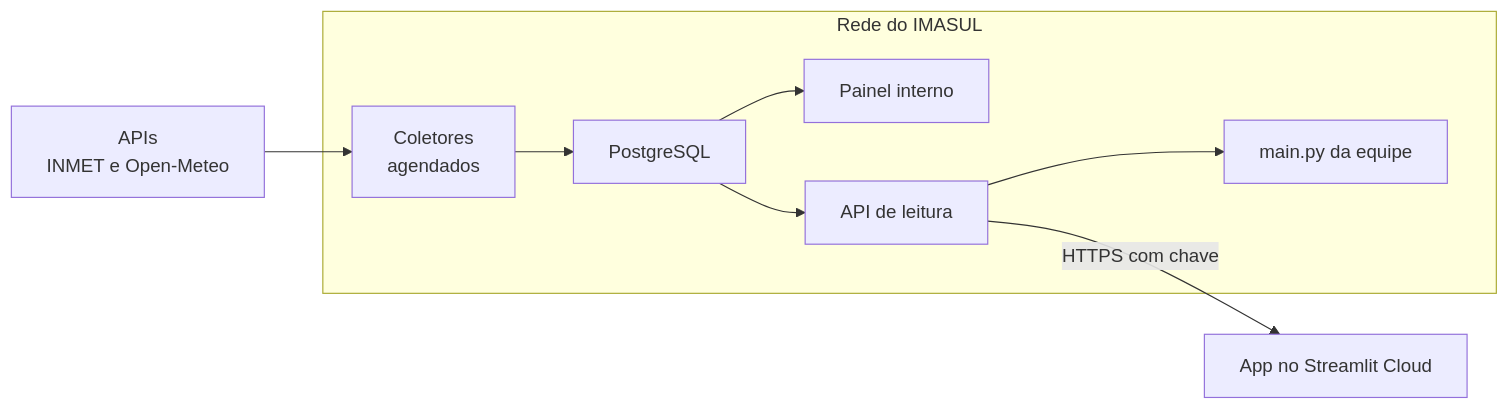
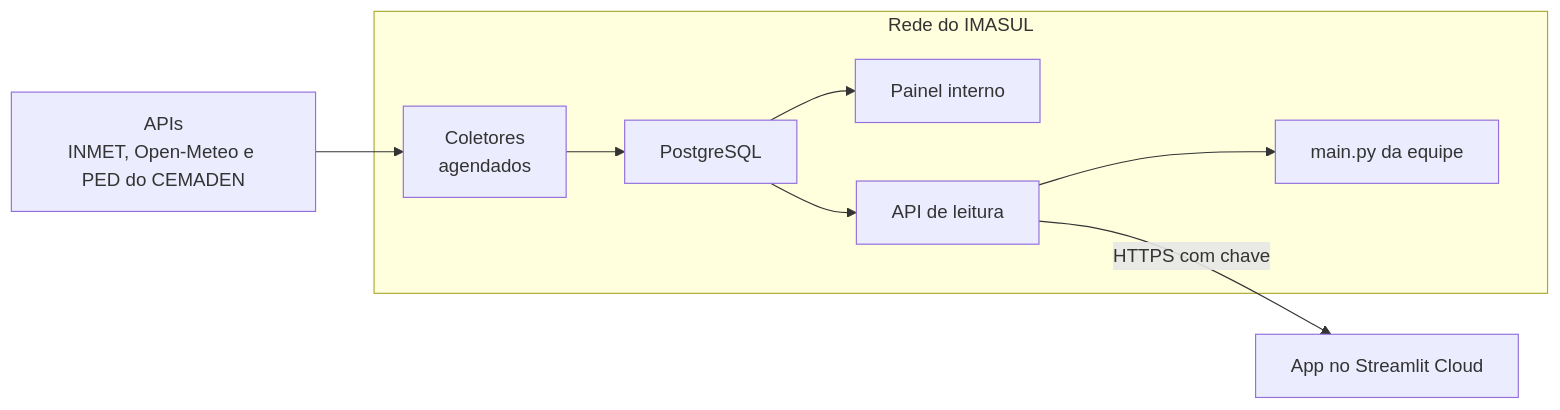
One commit to abner-valente/scripts-UNIGEO-CEMTEC changed the diagram in docs/plano_arquitetura.md. Above: the diagram before and after it, drawn with Mermaid. The commit also changed other lines of this file and 17 other files, not shown here.

````diff
--- a/docs/plano_arquitetura.md
+++ b/docs/plano_arquitetura.md
@@ -10,11 +10,11 @@
 ```mermaid
 flowchart LR
-    APIs["APIs<br/>INMET e Open-Meteo"] --> Coletores
+    APIs["APIs<br/>INMET, Open-Meteo e PED do CEMADEN"] --> Coletores
     subgraph IMASUL["Rede do IMASUL"]
         Coletores["Coletores<br/>agendados"] --> Banco["PostgreSQL"]
         Banco --> Painel["Painel interno"]
         Banco --> API["API de leitura"]
         API --> Main["main.py da equipe"]
     end
     API -->|"HTTPS com chave"| Nuvem["App no Streamlit Cloud"]
 ```
````
